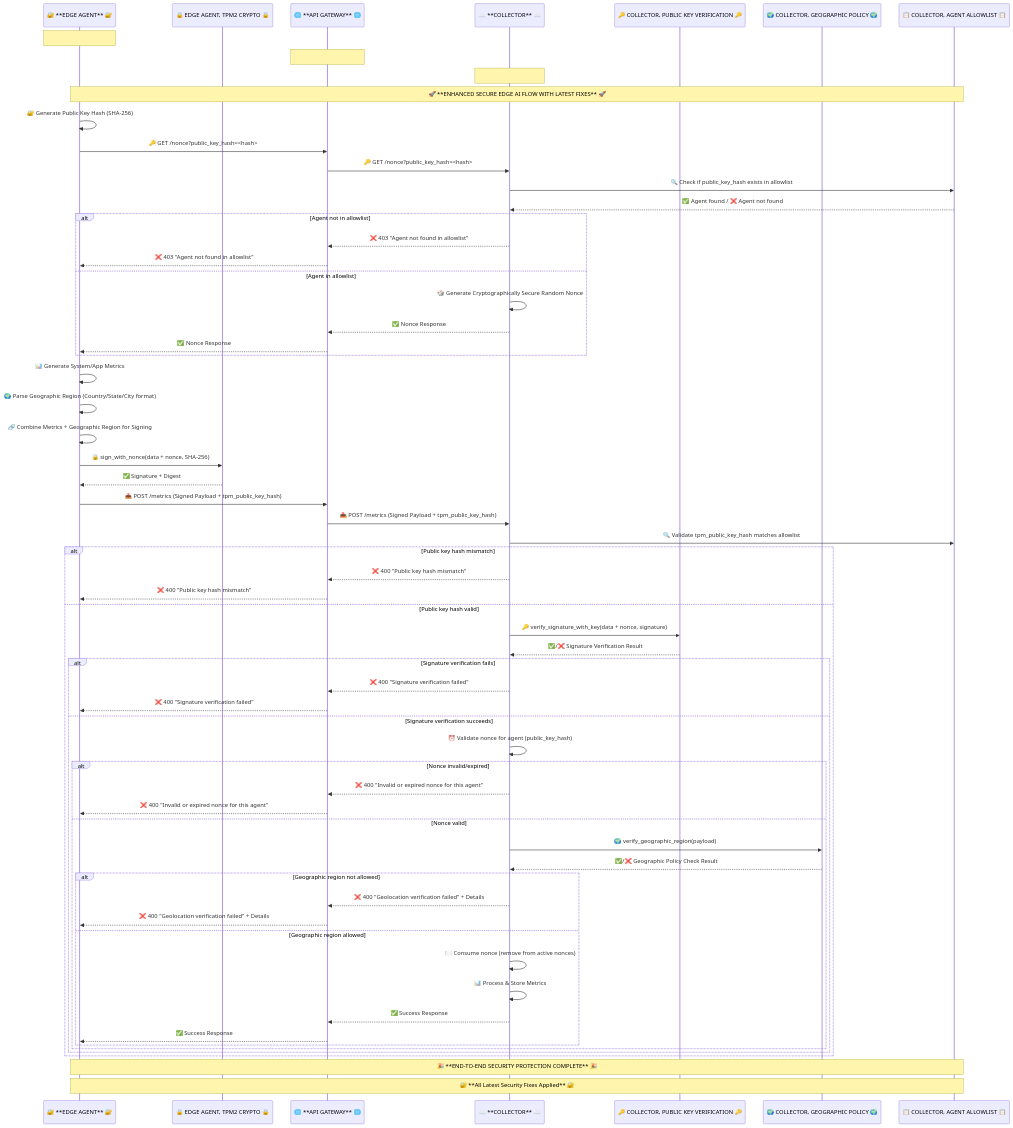
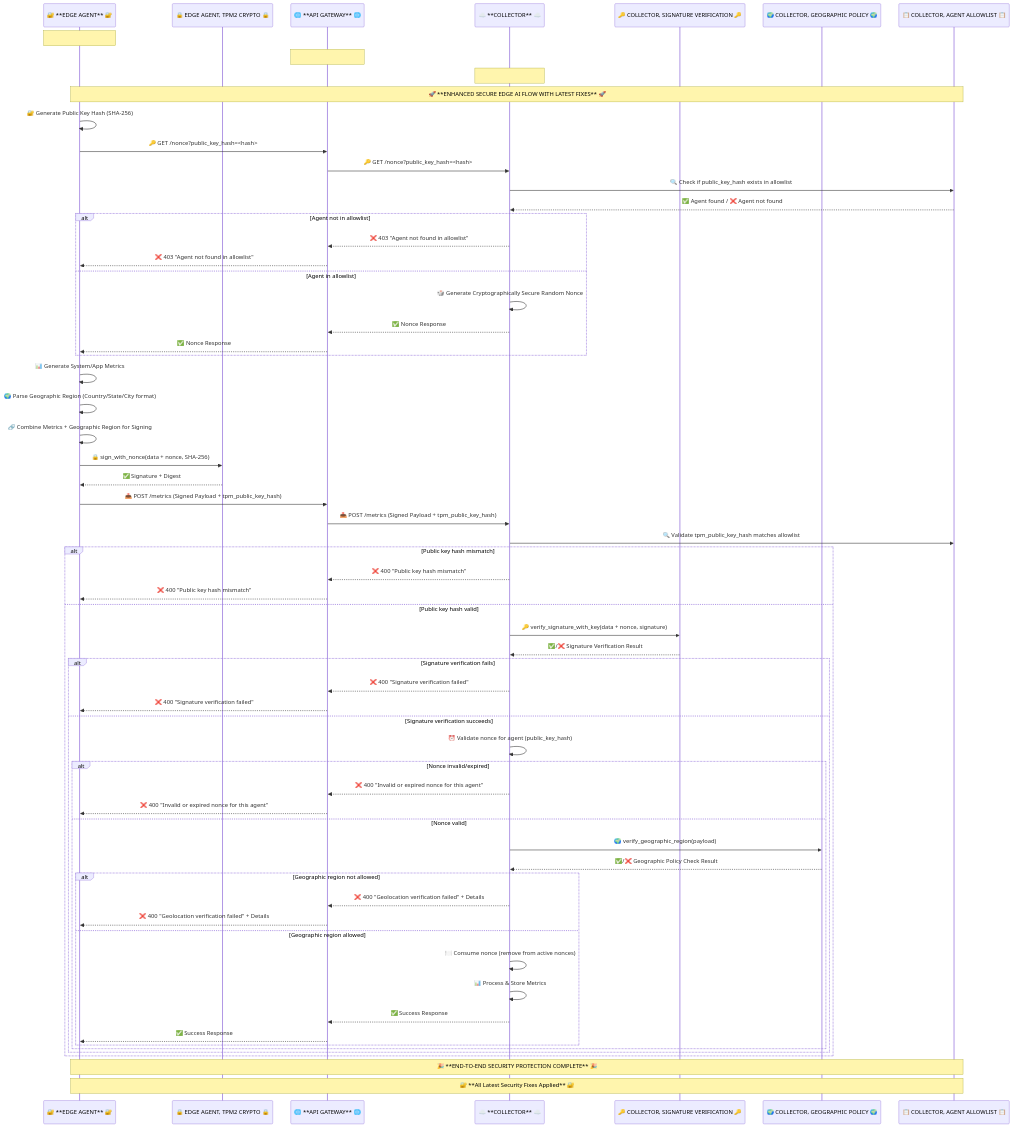
Before and after one commit to lfedgeai/AegisEdgeAI: the diagram in README.md, drawn with Mermaid.

```diff
--- a/README.md
+++ b/README.md
@@ -54,7 +54,7 @@
     participant TPM2_A as 🔒 EDGE AGENT, TPM2 CRYPTO 🔒
     participant Gateway as 🌐 **API GATEWAY** 🌐
     participant Collector as ☁️ **COLLECTOR** ☁️
-    participant PK_Utils as 🔑 COLLECTOR, PUBLIC KEY VERIFICATION 🔑
+    participant PK_Utils as 🔑 COLLECTOR, SIGNATURE VERIFICATION 🔑
     participant Policy as 🌍 COLLECTOR, GEOGRAPHIC POLICY 🌍
     participant Allowlist as 📋 COLLECTOR, AGENT ALLOWLIST 📋
 
```
